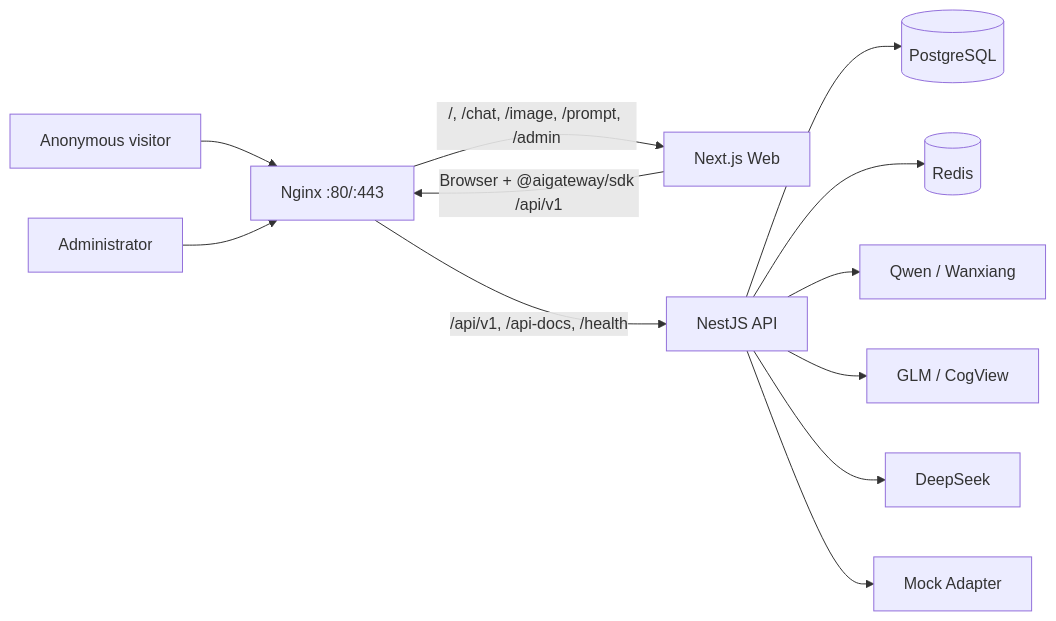
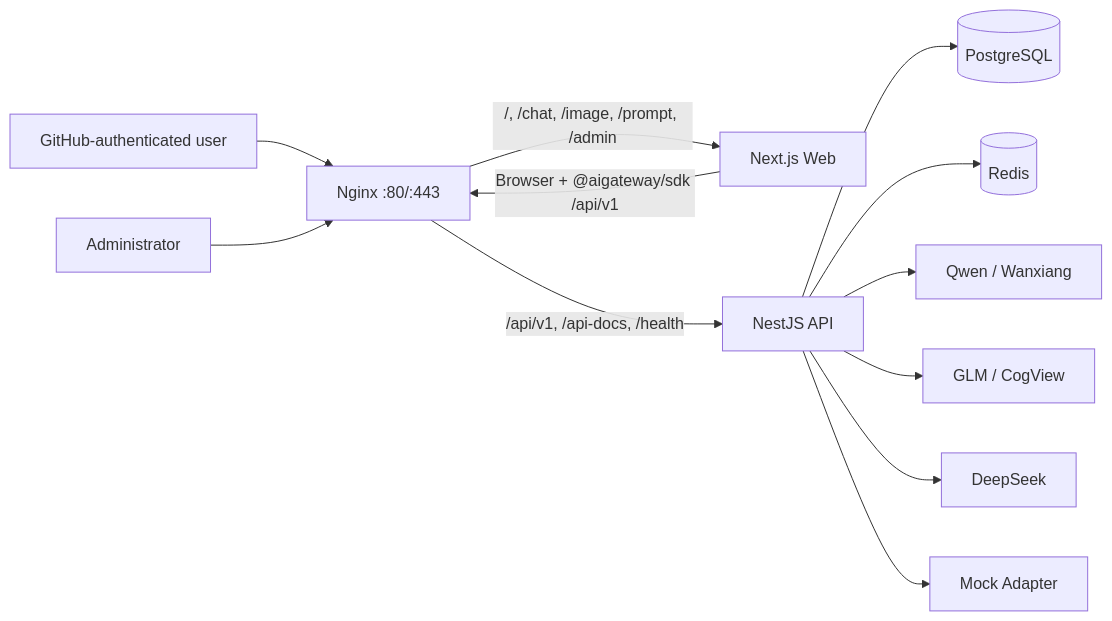
Before and after one commit to wanglsh97/ai-gateway-studio: the first of 3 diagrams in openspec/changes/build-aigateway-v1/design.md, drawn with Mermaid. The commit also changed other lines of this file and 19 other files, not shown here.

Commit message:
docs(auth): document GitHub login deployment

````diff
--- a/openspec/changes/build-aigateway-v1/design.md
+++ b/openspec/changes/build-aigateway-v1/design.md
@@ -38,14 +38,14 @@
 ```mermaid
 flowchart LR
-    U["Anonymous visitor"] --> N["Nginx :80/:443"]
+    U["GitHub-authenticated user"] --> N["Nginx :80/:443"]
     M["Administrator"] --> N
     N -->|"/, /chat, /image, /prompt, /admin"| W["Next.js Web"]
     W -->|"Browser + @aigateway/sdk /api/v1"| N
     N -->|"/api/v1, /api-docs, /health"| A["NestJS API"]
     A --> P[("PostgreSQL")]
     A --> R[("Redis")]
     A --> Q["Qwen / Wanxiang"]
     A --> Z["GLM / CogView"]
     A --> D["DeepSeek"]
     A --> K["Mock Adapter"]
 ```
````
